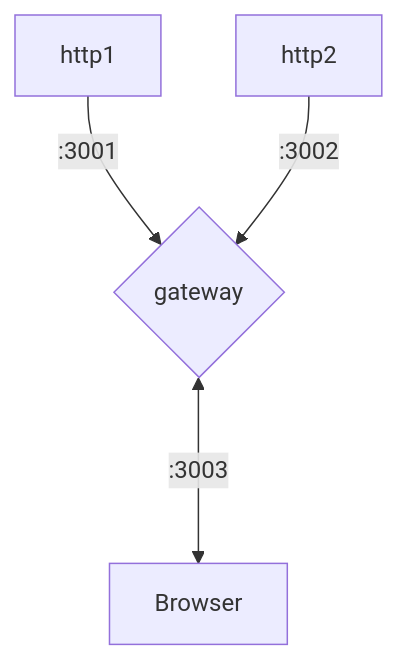
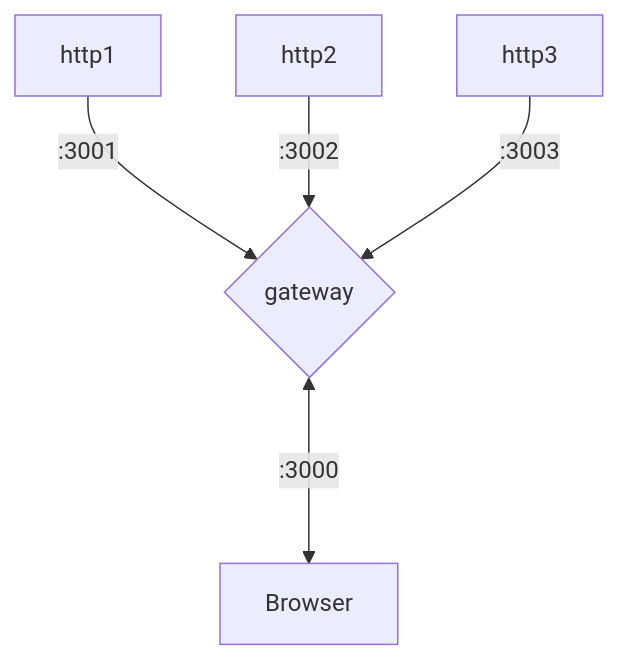
Before and after one commit to humbertodias/node-http-1-vs-2: the diagram in README.md, drawn with Mermaid. The commit also changed other lines of this file and 9 other files, not shown here.

````diff
--- a/README.md
+++ b/README.md
@@ -26,6 +26,7 @@
 ```mermaid
 graph TD;
-    A[http1] -->|:3001| C{gateway};
-    B[http2] -->|:3002| C;
-    C <---> |:3003| D[Browser];
+    A[http1] -->|:3001| D{gateway};
+    B[http2] -->|:3002| D;
+    C[http3] -->|:3003| D;
+    D <---> |:3000| E[Browser];
 ```
````
